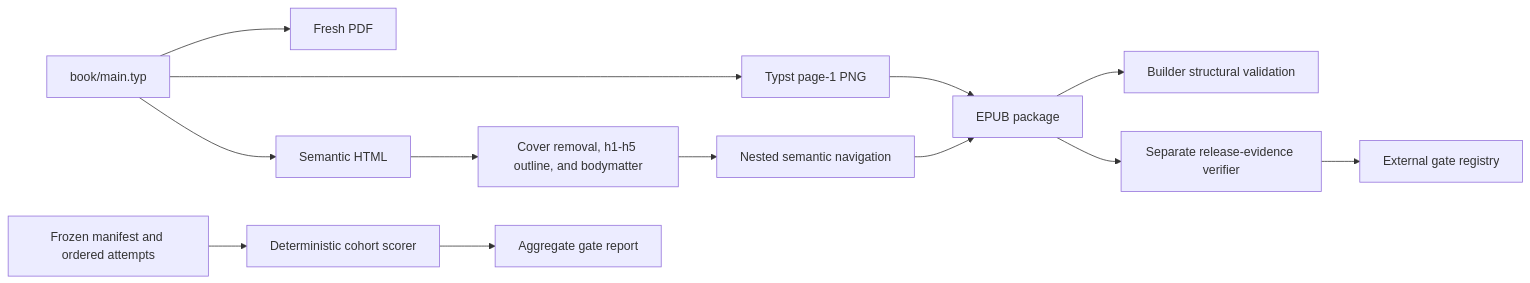
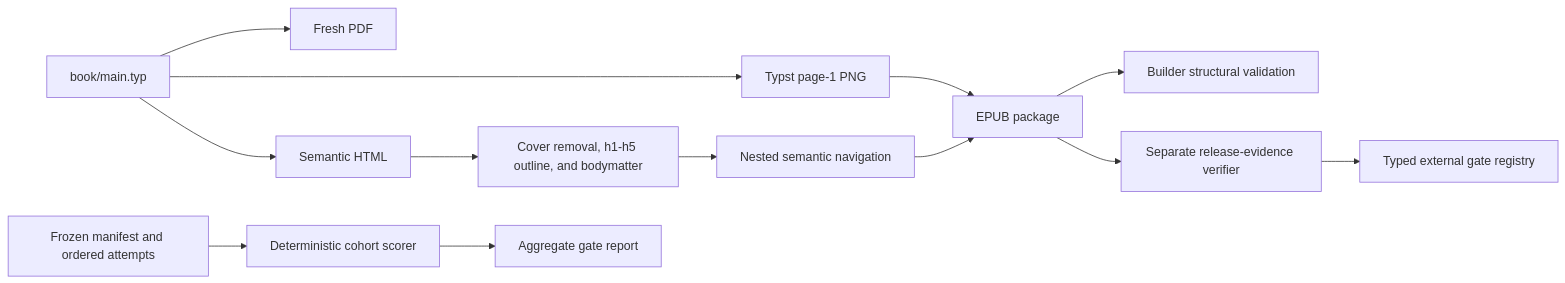
The first of 5 diagrams in scripts/AGENTS.md (streamentry/streamentry), drawn with Mermaid before and after one commit. The commit also changed other lines of this file and 32 other files, not shown here.

````diff
--- a/scripts/AGENTS.md
+++ b/scripts/AGENTS.md
@@ -31,15 +31,15 @@
 ```mermaid
 flowchart LR
   T["book/main.typ"] --> P["Fresh PDF"]
   T --> C["Typst page-1 PNG"]
   T --> H["Semantic HTML"]
   H --> X["Cover removal, h1-h5 outline, and bodymatter"]
   X --> N["Nested semantic navigation"]
   N --> E["EPUB package"]
   C --> E
   E --> V["Builder structural validation"]
   E --> W["Separate release-evidence verifier"]
-  W --> Q["External gate registry"]
+  W --> Q["Typed external gate registry"]
   R["Frozen manifest and ordered attempts"] --> S["Deterministic cohort scorer"]
   S --> G["Aggregate gate report"]
 ```
````
